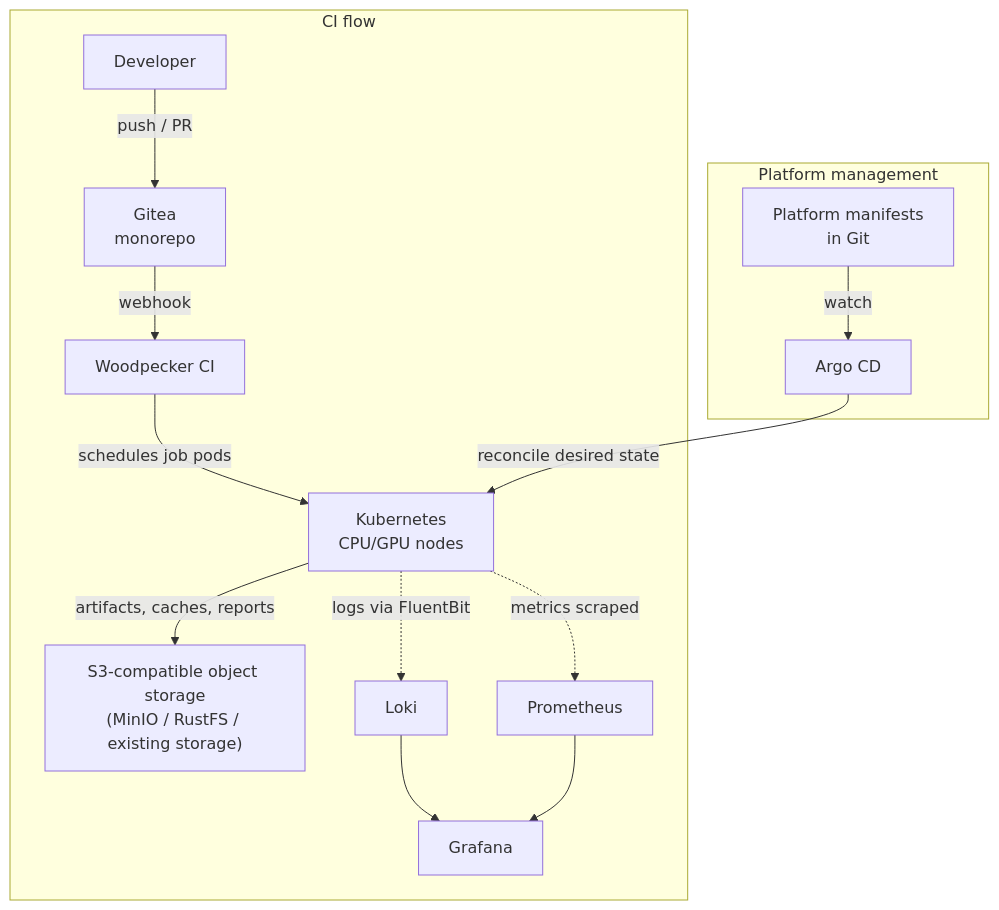
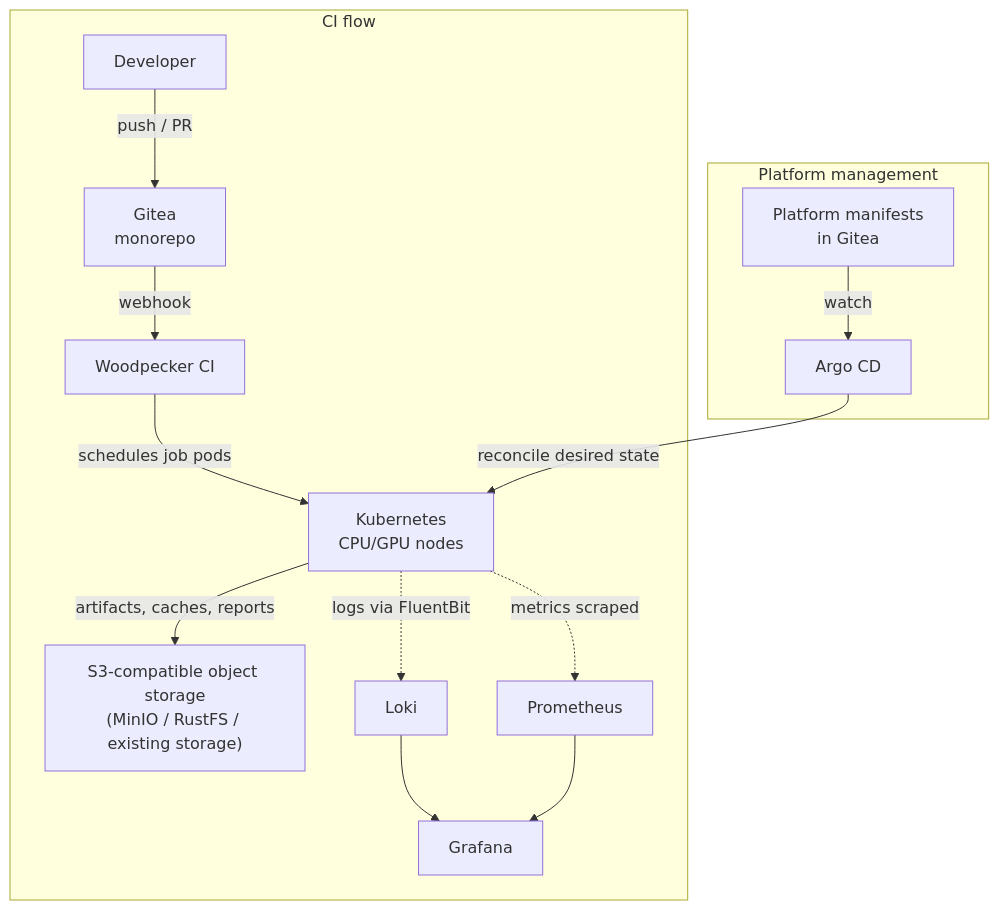
Before and after one commit to AnastasiiaRed/ims-case-studies: the diagram in case-study-2/CONCEPT.md, drawn with Mermaid. The commit also changed other lines of this file, not shown here.

````diff
--- a/case-study-2/CONCEPT.md
+++ b/case-study-2/CONCEPT.md
@@ -8,31 +8,31 @@
 ```mermaid
 flowchart TB
   subgraph CI["CI flow"]
     Dev["Developer"]
     Gitea["Gitea<br/>monorepo"]
     Woodpecker["Woodpecker CI"]
     K8s["Kubernetes<br/>CPU/GPU nodes"]
     MinIO["S3-compatible object storage<br/>(MinIO / RustFS / existing storage)"]
     Loki["Loki"]
     Prometheus["Prometheus"]
     Grafana["Grafana"]
 
     Dev -->|"push / PR"| Gitea
     Gitea -->|"webhook"| Woodpecker
     Woodpecker -->|"schedules job pods"| K8s
     K8s -->|"artifacts, caches, reports"| MinIO
     K8s -.->|"logs via FluentBit"| Loki
     K8s -.->|"metrics scraped"| Prometheus
     Loki --> Grafana
     Prometheus --> Grafana
   end
 
   subgraph Platform["Platform management"]
-    GitOps["Platform manifests<br/>in Git"]
+    GitOps["Platform manifests<br/>in Gitea"]
     Argo["Argo CD"]
 
     GitOps -->|"watch"| Argo
   end
 
   Argo -->|"reconcile desired state"| K8s
 ```
````
